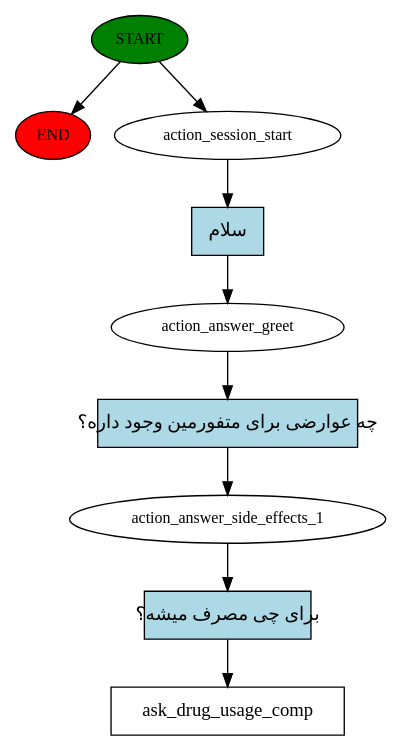
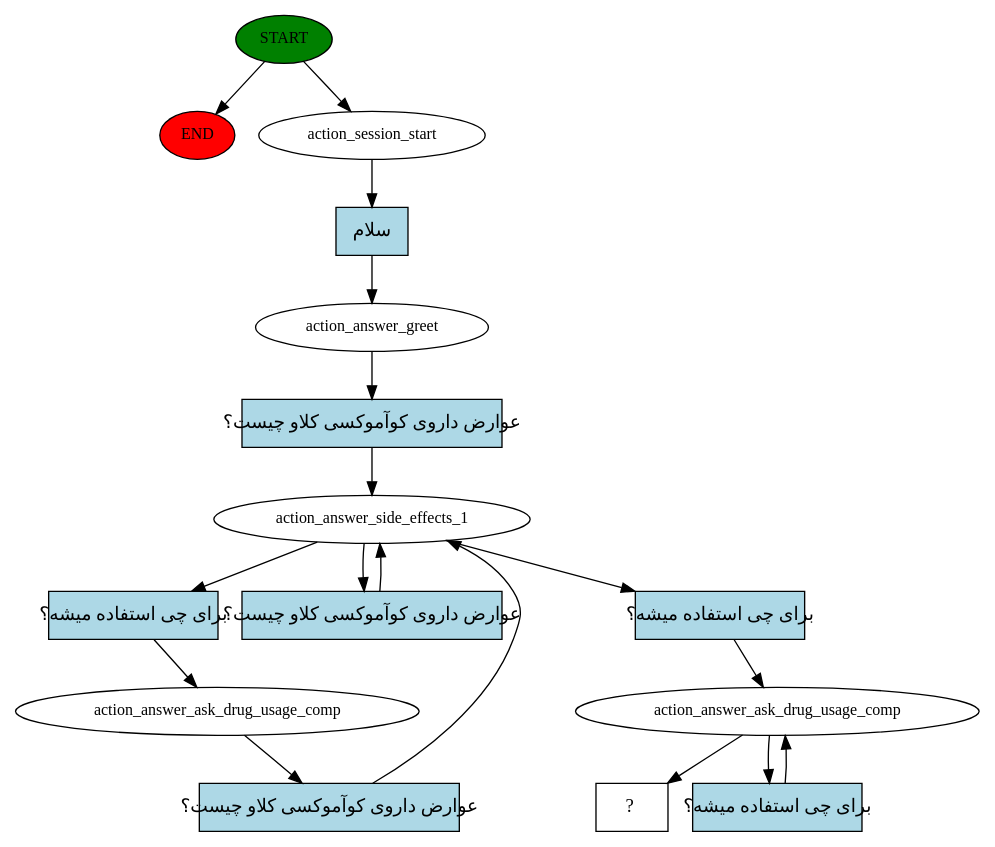
One commit to APKNOOBCODER/Hamtech_Rasa changed the diagram in story_graph.dot. Above: the diagram before and after it, drawn with Graphviz. The commit also changed 4 other files, not shown here.

```diff
--- a/story_graph.dot
+++ b/story_graph.dot
@@ -1,19 +1,34 @@
 digraph  {
 0 [class="start active", fillcolor=green, fontsize=12, label=START, style=filled];
 "-1" [class=end, fillcolor=red, fontsize=12, label=END, style=filled];
 1 [class=active, fontsize=12, label=action_session_start];
 2 [class=active, fontsize=12, label=action_answer_greet];
 3 [class=active, fontsize=12, label=action_answer_side_effects_1];
-4 [class="intent dashed active", label=ask_drug_usage_comp, shape=rect];
-5 [class="intent active", fillcolor=lightblue, label="سلام", shape=rect, style=filled];
-6 [class="intent active", fillcolor=lightblue, label="چه عوارضی برای متفورمین وجود داره؟", shape=rect, style=filled];
-7 [class="intent active", fillcolor=lightblue, label="برای چی مصرف میشه؟", shape=rect, style=filled];
+5 [class=active, fontsize=12, label=action_answer_ask_drug_usage_comp];
+8 [class=active, fontsize=12, label=action_answer_ask_drug_usage_comp];
+10 [class="intent dashed active", label="  ?  ", shape=rect];
+11 [class="intent active", fillcolor=lightblue, label="سلام", shape=rect, style=filled];
+12 [class="intent active", fillcolor=lightblue, label="عوارض داروی کوآموکسی کلاو چیست؟", shape=rect, style=filled];
+13 [class="intent active", fillcolor=lightblue, label="برای چی استفاده میشه؟", shape=rect, style=filled];
+14 [class="intent active", fillcolor=lightblue, label="عوارض داروی کوآموکسی کلاو چیست؟", shape=rect, style=filled];
+15 [class="intent active", fillcolor=lightblue, label="برای چی استفاده میشه؟", shape=rect, style=filled];
+16 [class="intent active", fillcolor=lightblue, label="عوارض داروی کوآموکسی کلاو چیست؟", shape=rect, style=filled];
+17 [class="intent active", fillcolor=lightblue, label="برای چی استفاده میشه؟", shape=rect, style=filled];
 0 -> "-1"  [class="", key=NONE, label=""];
 0 -> 1  [class=active, key=NONE, label=""];
-1 -> 5  [class=active, key=0];
-2 -> 6  [class=active, key=0];
-3 -> 7  [class=active, key=0];
-5 -> 2  [class=active, key=0];
-6 -> 3  [class=active, key=0];
-7 -> 4  [class=active, key=0];
+1 -> 11  [class=active, key=0];
+2 -> 12  [class=active, key=0];
+3 -> 13  [class=active, key=0];
+3 -> 14  [class=active, key=0];
+3 -> 15  [class=active, key=0];
+5 -> 16  [class=active, key=0];
+8 -> 10  [class=active, key=NONE, label=""];
+8 -> 17  [class=active, key=0];
+11 -> 2  [class=active, key=0];
+12 -> 3  [class=active, key=0];
+13 -> 5  [class=active, key=0];
+14 -> 3  [class=active, key=0];
+15 -> 8  [class=active, key=0];
+16 -> 3  [class=active, key=0];
+17 -> 8  [class=active, key=0];
 }
```
